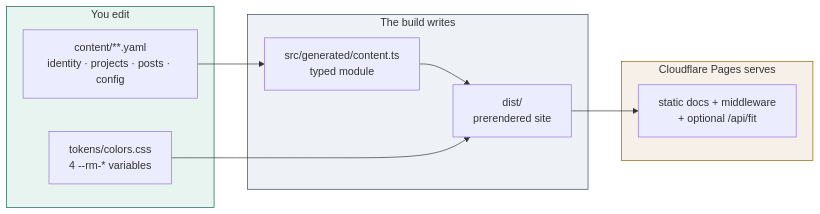
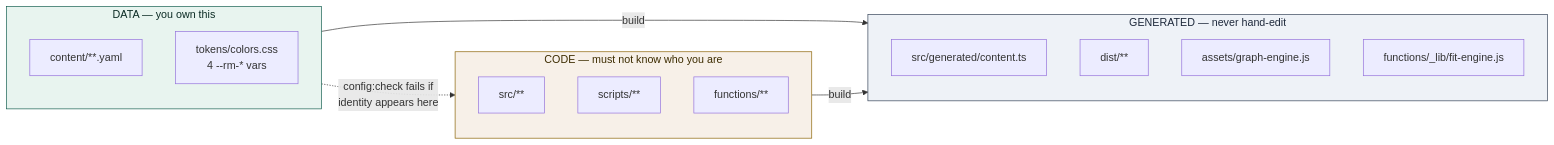
Before and after one commit to rolefinder/show-your-work: the first of 14 diagrams in ARCHITECTURE.md, drawn with Mermaid. The commit also changed other lines of this file, not shown here.

````diff
--- a/ARCHITECTURE.md
+++ b/ARCHITECTURE.md
@@ -21,23 +35,31 @@
 ```mermaid
 flowchart LR
-    subgraph AUTHOR["You edit"]
-        Y["content/**.yaml<br/>identity · projects · posts · config"]
-        T["tokens/colors.css<br/>4 --rm-* variables"]
+    subgraph D["DATA — you own this"]
+        direction TB
+        D1["content/**.yaml"]
+        D2["tokens/colors.css<br/>4 --rm-* vars"]
     end
 
-    subgraph BUILD["The build writes"]
-        G["src/generated/content.ts<br/>typed module"]
-        D["dist/<br/>prerendered site"]
+    subgraph G["GENERATED — never hand-edit"]
+        direction TB
+        G1["src/generated/content.ts"]
+        G2["dist/**"]
+        G3["assets/graph-engine.js"]
+        G4["functions/_lib/fit-engine.js"]
     end
 
-    subgraph SERVE["Cloudflare Pages serves"]
-        E["static docs + middleware<br/>+ optional /api/fit"]
+    subgraph C["CODE — must not know who you are"]
+        direction TB
+        C1["src/**"]
+        C2["scripts/**"]
+        C3["functions/**"]
     end
 
-    Y --> G --> D --> E
-    T --> D
+    D -->|build| G
+    C -->|build| G
+    D -.->|"config:check fails if<br/>identity appears here"| C
 
-    style AUTHOR fill:#e8f4ef,stroke:#0f5c4c
-    style BUILD fill:#eef2f7,stroke:#334155
-    style SERVE fill:#f7f0e8,stroke:#8a6100
+    style D fill:#e8f4ef,stroke:#0f5c4c,color:#0b2b24
+    style G fill:#eef2f7,stroke:#334155,color:#1e293b
+    style C fill:#f7f0e8,stroke:#8a6100,color:#3d2c00
 ```
````
